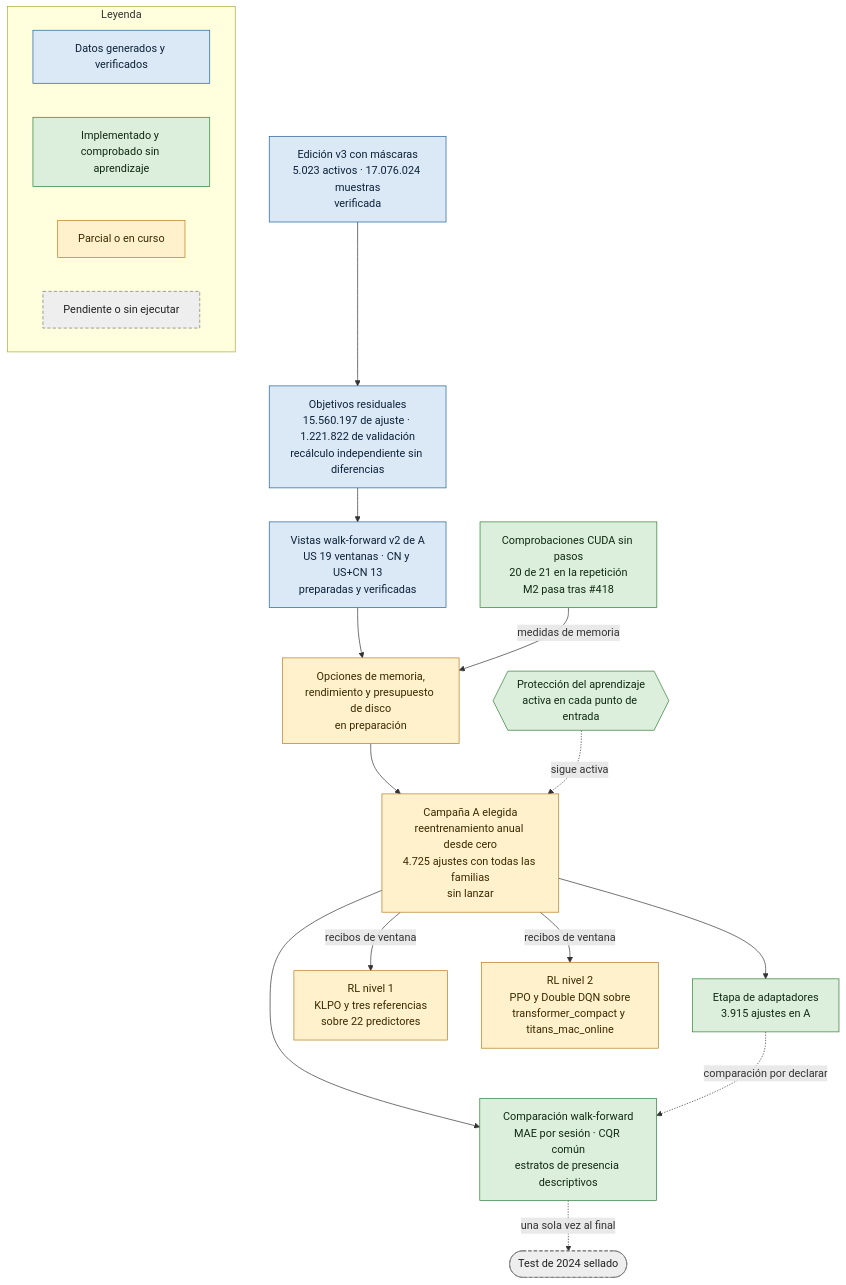
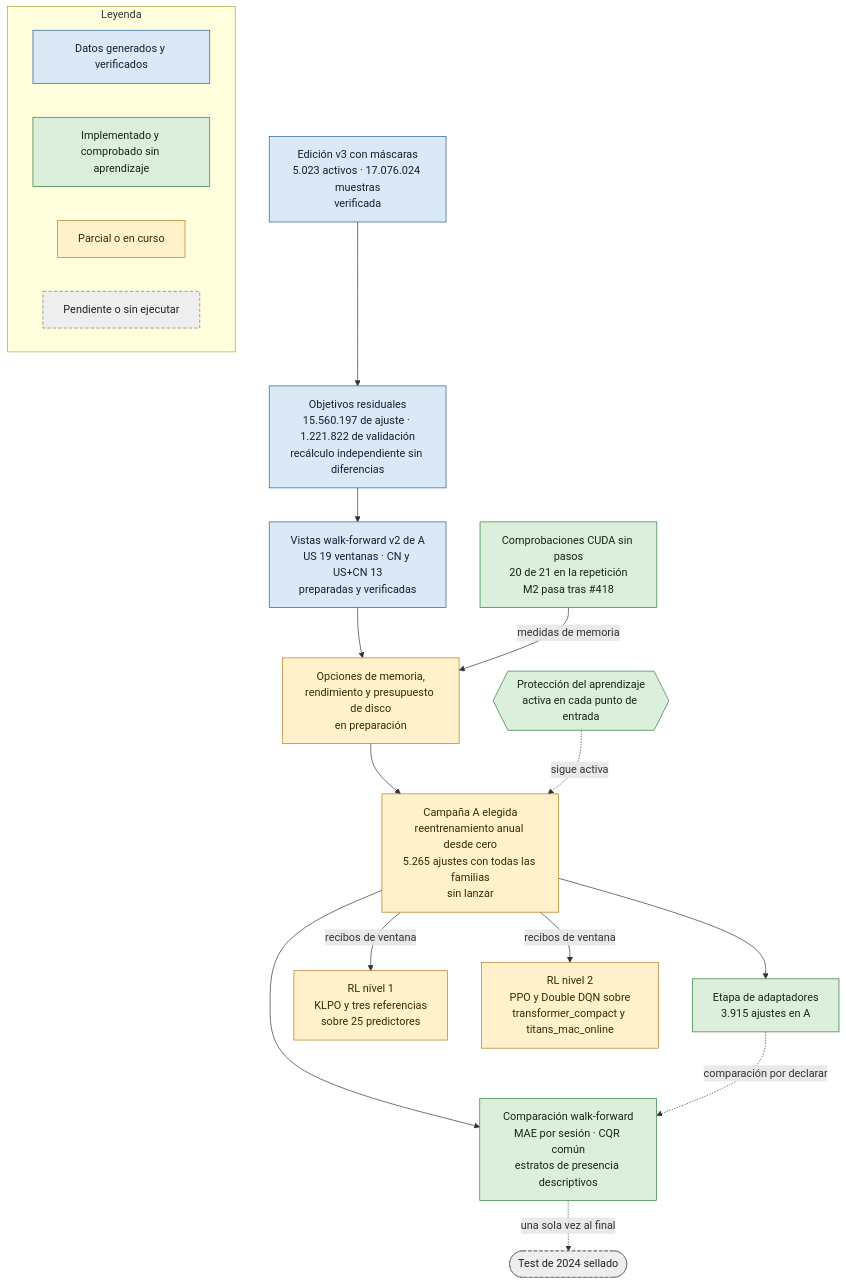
Before and after one commit to GonxKZ/mars-titan: the first of 3 diagrams in README.md, drawn with Mermaid. The commit also changed other lines of this file and 8 other files, not shown here.

````diff
--- a/README.md
+++ b/README.md
@@ -35,37 +35,37 @@
 ```mermaid
 flowchart TD
     E["Edición v3 con máscaras<br/>5.023 activos · 17.076.024 muestras<br/>verificada"]:::ejecutado
     O["Objetivos residuales<br/>15.560.197 de ajuste · 1.221.822 de validación<br/>recálculo independiente sin diferencias"]:::ejecutado
     H{{"Protección del aprendizaje<br/>activa en cada punto de entrada"}}:::comprobado
     W["Vistas walk-forward v2 de A<br/>US 19 ventanas · CN y US+CN 13<br/>preparadas y verificadas"]:::ejecutado
     K["Comprobaciones CUDA sin pasos<br/>20 de 21 en la repetición<br/>M2 pasa tras #418"]:::comprobado
     Q["Opciones de memoria,<br/>rendimiento y presupuesto de disco<br/>en preparación"]:::parcial
-    A["Campaña A elegida<br/>reentrenamiento anual desde cero<br/>4.725 ajustes con todas las familias<br/>sin lanzar"]:::parcial
+    A["Campaña A elegida<br/>reentrenamiento anual desde cero<br/>5.265 ajustes con todas las familias<br/>sin lanzar"]:::parcial
     P["Etapa de adaptadores<br/>3.915 ajustes en A"]:::comprobado
-    R1["RL nivel 1<br/>KLPO y tres referencias<br/>sobre 22 predictores"]:::parcial
+    R1["RL nivel 1<br/>KLPO y tres referencias<br/>sobre 25 predictores"]:::parcial
     R2["RL nivel 2<br/>PPO y Double DQN sobre<br/>transformer_compact y titans_mac_online"]:::parcial
     C["Comparación walk-forward<br/>MAE por sesión · CQR común<br/>estratos de presencia descriptivos"]:::comprobado
     T(["Test de 2024 sellado"]):::pendiente
 
     E --> O --> W --> Q --> A
     K -- medidas de memoria --> Q
     H -. sigue activa .-> A
     A --> P
     A -- recibos de ventana --> R1
     A -- recibos de ventana --> R2
     A --> C
     P -. comparación por declarar .-> C
     C -. una sola vez al final .-> T
 
     subgraph LEY["Leyenda"]
         L0["Datos generados y verificados"]:::ejecutado
         L1["Implementado y comprobado sin aprendizaje"]:::comprobado
         L2["Parcial o en curso"]:::parcial
         L3["Pendiente o sin ejecutar"]:::pendiente
     end
 
     classDef ejecutado fill:#dbe8f6,stroke:#1f5f99,color:#0d2238
     classDef comprobado fill:#dcefdc,stroke:#2e7d32,color:#102a12
     classDef parcial fill:#fff1cc,stroke:#b7791f,color:#3a2a00
     classDef pendiente fill:#eeeeee,stroke:#757575,color:#222222,stroke-dasharray:5 3
 ```
````
